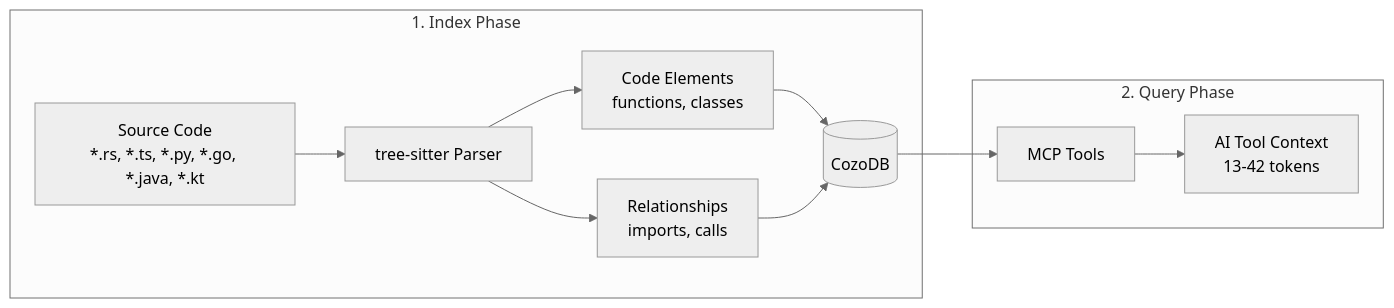
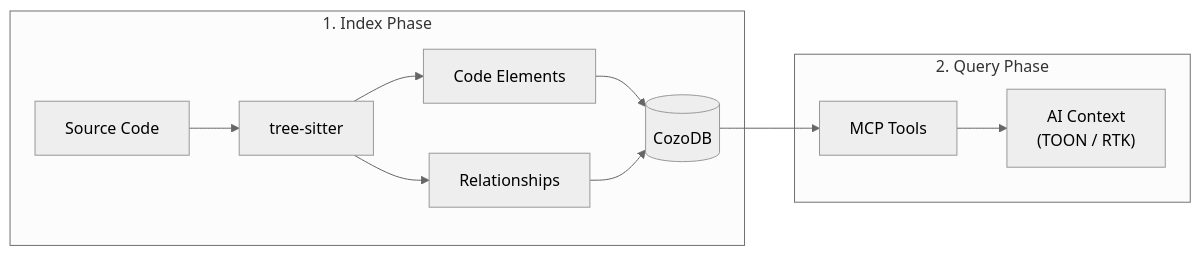
The second of 2 diagrams in docs/architecture.md (FreePeak/LeanKG), drawn with Mermaid (neutral theme) before and after one commit. The commit also changed other lines of this file and 15 other files, not shown here.

````diff
--- a/docs/architecture.md
+++ b/docs/architecture.md
@@ -48,15 +49,15 @@
 ```mermaid
 graph LR
     subgraph "1. Index Phase"
-        A["Source Code<br/>*.rs, *.ts, *.py, *.go, *.java, *.kt"] --> B["tree-sitter Parser"]
-        B --> C["Code Elements<br/>functions, classes"]
-        B --> D["Relationships<br/>imports, calls"]
+        A["Source Code"] --> B["tree-sitter"]
+        B --> C["Code Elements"]
+        B --> D["Relationships"]
         C --> E[("CozoDB")]
         D --> E
     end
 
     subgraph "2. Query Phase"
         E --> F["MCP Tools"]
-        F --> G["AI Tool Context<br/>13-42 tokens"]
+        F --> G["AI Context<br/>(TOON / RTK)"]
     end
 ```
````
